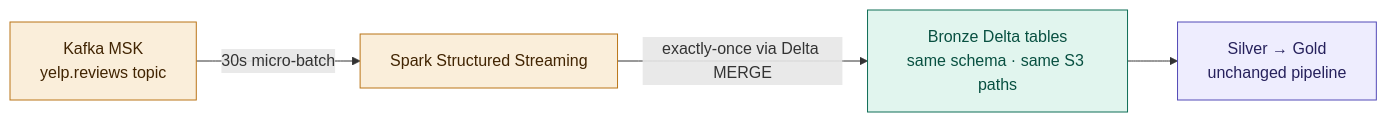
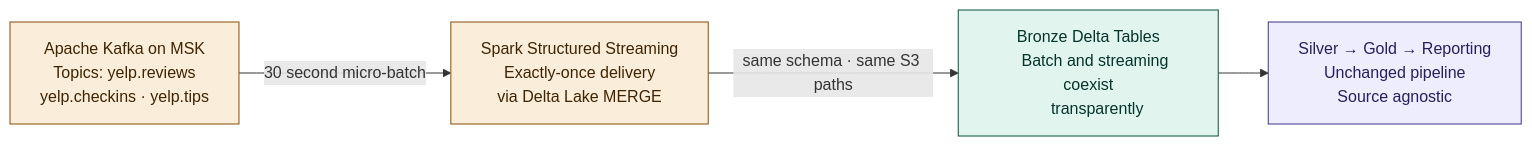
Before and after one commit to Aamirali7596/Finalto_Yelp_project: the third of 3 diagrams in finalto/docs/diagrams/data_flow_diagram.md, drawn with Mermaid. The commit also changed other lines of this file and 6 other files, not shown here.

First line of the commit message:
Refactor Yelp Data Engineering Platform Documentation and Architecture

````diff
--- a/finalto/docs/diagrams/data_flow_diagram.md
+++ b/finalto/docs/diagrams/data_flow_diagram.md
@@ -68,11 +95,21 @@
 ```mermaid
 flowchart LR
-    K[Kafka MSK\nyelp.reviews topic] -->|30s micro-batch| S[Spark Structured Streaming]
-    S -->|exactly-once via Delta MERGE| B[Bronze Delta tables\nsame schema · same S3 paths]
-    B --> SIL[Silver → Gold\nunchanged pipeline]
+    K["Apache Kafka on MSK
+    Topics: yelp.reviews
+    yelp.checkins · yelp.tips"] -->|"30 second micro-batch"| S["Spark Structured Streaming
+    Exactly-once delivery
+    via Delta Lake MERGE"]
 
-    style K fill:#FAEEDA,stroke:#BA7517,color:#412402
-    style S fill:#FAEEDA,stroke:#BA7517,color:#412402
-    style B fill:#E1F5EE,stroke:#0F6E56,color:#085041
-    style SIL fill:#EEEDFE,stroke:#534AB7,color:#26215C
+    S -->|"same schema · same S3 paths"| B["Bronze Delta Tables
+    Batch and streaming coexist
+    transparently"]
+
+    B --> SIL["Silver → Gold → Reporting
+    Unchanged pipeline
+    Source agnostic"]
+
+    style K fill:#FAEEDA,stroke:#854F0B,color:#412402
+    style S fill:#FAEEDA,stroke:#854F0B,color:#412402
+    style B fill:#E1F5EE,stroke:#085041,color:#04342C
+    style SIL fill:#EEEDFE,stroke:#3C3489,color:#26215C
 ```
````
